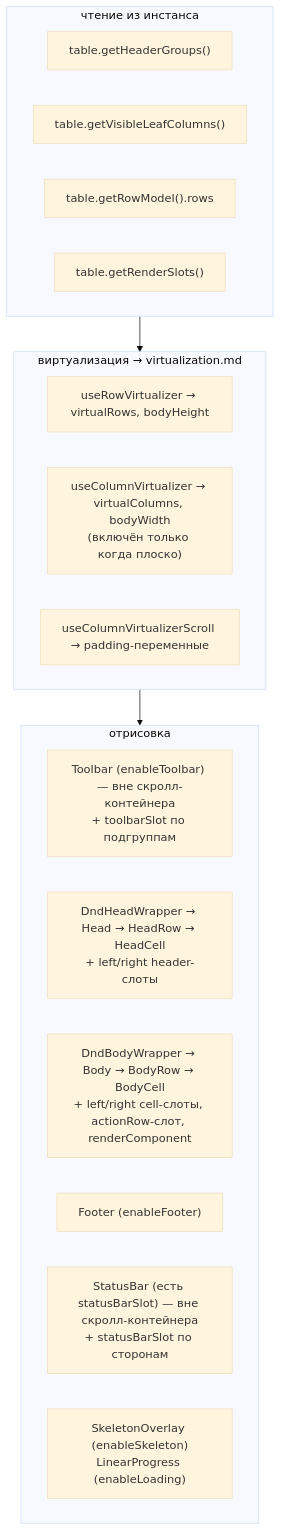
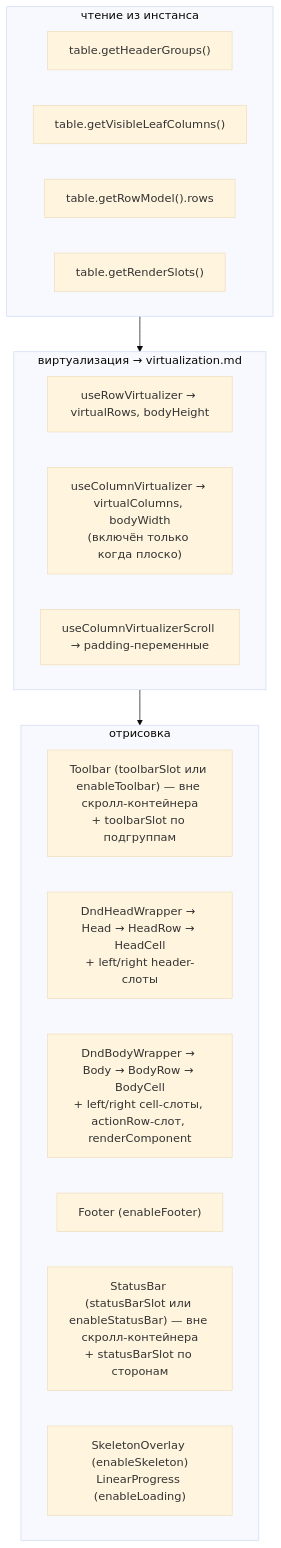
One commit to tessera-grid/tessera changed the third of 3 diagrams in docs/architecture/rendering.md. Above: the diagram before and after it, drawn with Mermaid (base theme). The commit also changed other lines of this file and 31 other files, not shown here.

````diff
--- a/docs/architecture/rendering.md
+++ b/docs/architecture/rendering.md
@@ -64,26 +64,26 @@
 ```mermaid
 flowchart TB
     subgraph read["чтение из инстанса"]
         HGS["table.getHeaderGroups()"]
         LC["table.getVisibleLeafColumns()"]
         RM["table.getRowModel().rows"]
         SLOTS["table.getRenderSlots()"]
     end
 
     subgraph virt["виртуализация → virtualization.md"]
         RV["useRowVirtualizer → virtualRows, bodyHeight"]
         CV["useColumnVirtualizer → virtualColumns, bodyWidth<br/>(включён только когда плоско)"]
         PAD["useColumnVirtualizerScroll → padding-переменные"]
     end
 
     subgraph paint["отрисовка"]
-        TB["Toolbar (enableToolbar) — вне скролл-контейнера<br/>+ toolbarSlot по подгруппам"]
+        TB["Toolbar (toolbarSlot или enableToolbar) — вне скролл-контейнера<br/>+ toolbarSlot по подгруппам"]
         HEAD["DndHeadWrapper → Head → HeadRow → HeadCell<br/>+ left/right header-слоты"]
         BODY["DndBodyWrapper → Body → BodyRow → BodyCell<br/>+ left/right cell-слоты, actionRow-слот, renderComponent"]
         FOOT["Footer (enableFooter)"]
-        SB["StatusBar (есть statusBarSlot) — вне скролл-контейнера<br/>+ statusBarSlot по сторонам"]
+        SB["StatusBar (statusBarSlot или enableStatusBar) — вне скролл-контейнера<br/>+ statusBarSlot по сторонам"]
         SK["SkeletonOverlay (enableSkeleton)<br/>LinearProgress (enableLoading)"]
     end
 
     read --> virt --> paint
 ```
````
